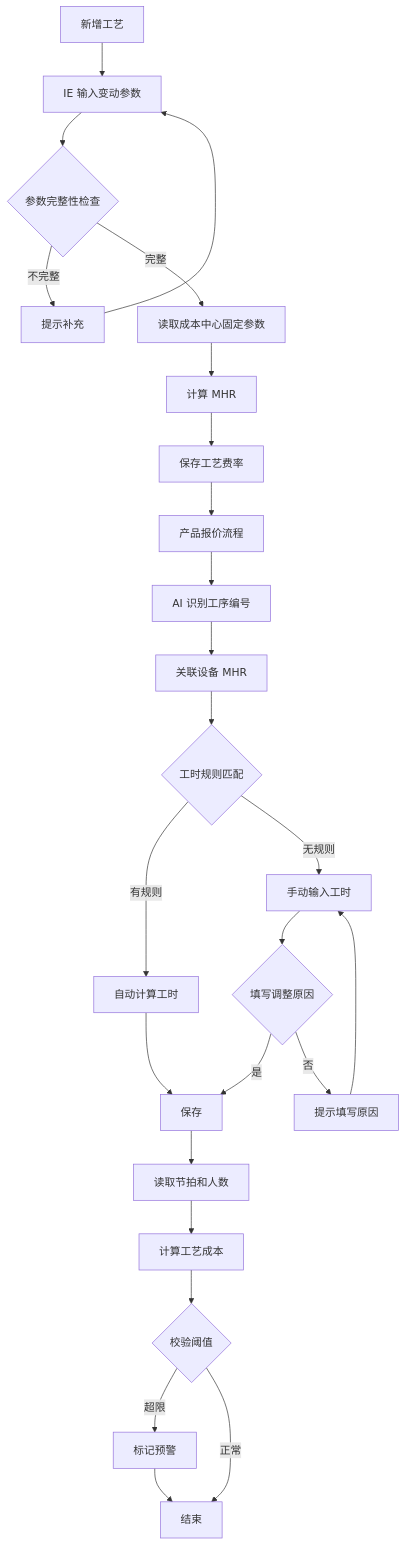
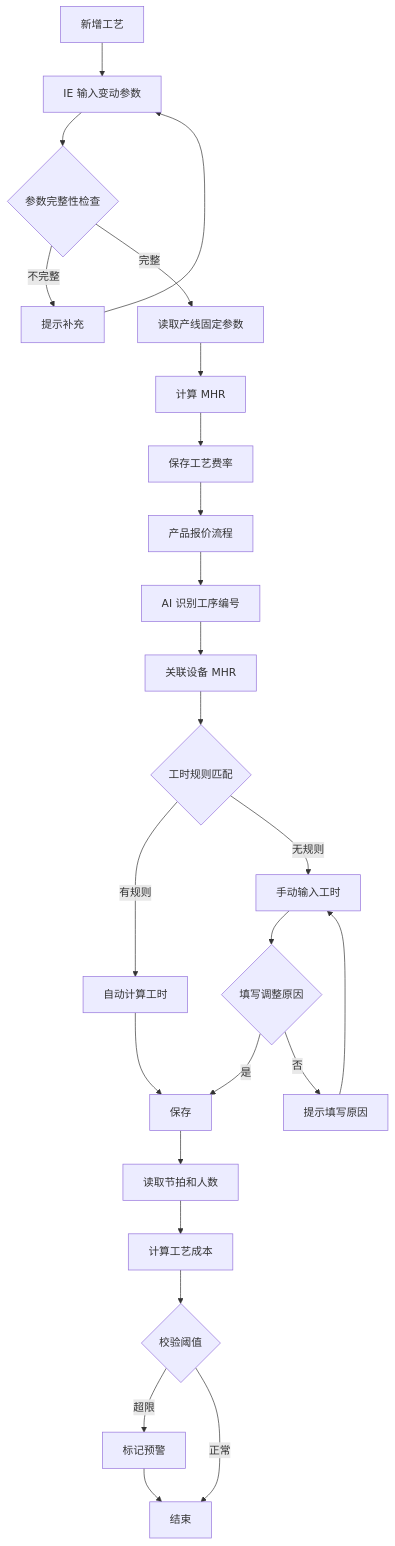
Before and after one commit to randyluo85/Quoting-Copilot: the diagram in docs/工艺成本计算逻辑.md, drawn with Mermaid. The commit also changed other lines of this file, not shown here.

````diff
--- a/docs/工艺成本计算逻辑.md
+++ b/docs/工艺成本计算逻辑.md
@@ -515,28 +515,28 @@
 ```mermaid
 flowchart TD
     A[新增工艺] --> B[IE 输入变动参数]
     B --> C{参数完整性检查}
     C -->|不完整| D[提示补充]
     D --> B
-    C -->|完整| E[读取成本中心固定参数]
+    C -->|完整| E[读取产线固定参数]
     E --> F[计算 MHR]
     F --> G[保存工艺费率]
 
     G --> H[产品报价流程]
     H --> I[AI 识别工序编号]
     I --> J[关联设备 MHR]
     J --> K{工时规则匹配}
     K -->|有规则| L[自动计算工时]
     K -->|无规则| M[手动输入工时]
     M --> N{填写调整原因}
     N -->|是| O[保存]
     N -->|否| P[提示填写原因]
     L --> O
     P --> M
     O --> Q[读取节拍和人数]
     Q --> R[计算工艺成本]
     R --> S{校验阈值}
     S -->|超限| T[标记预警]
     S -->|正常| U[结束]
     T --> U
 ```
````
